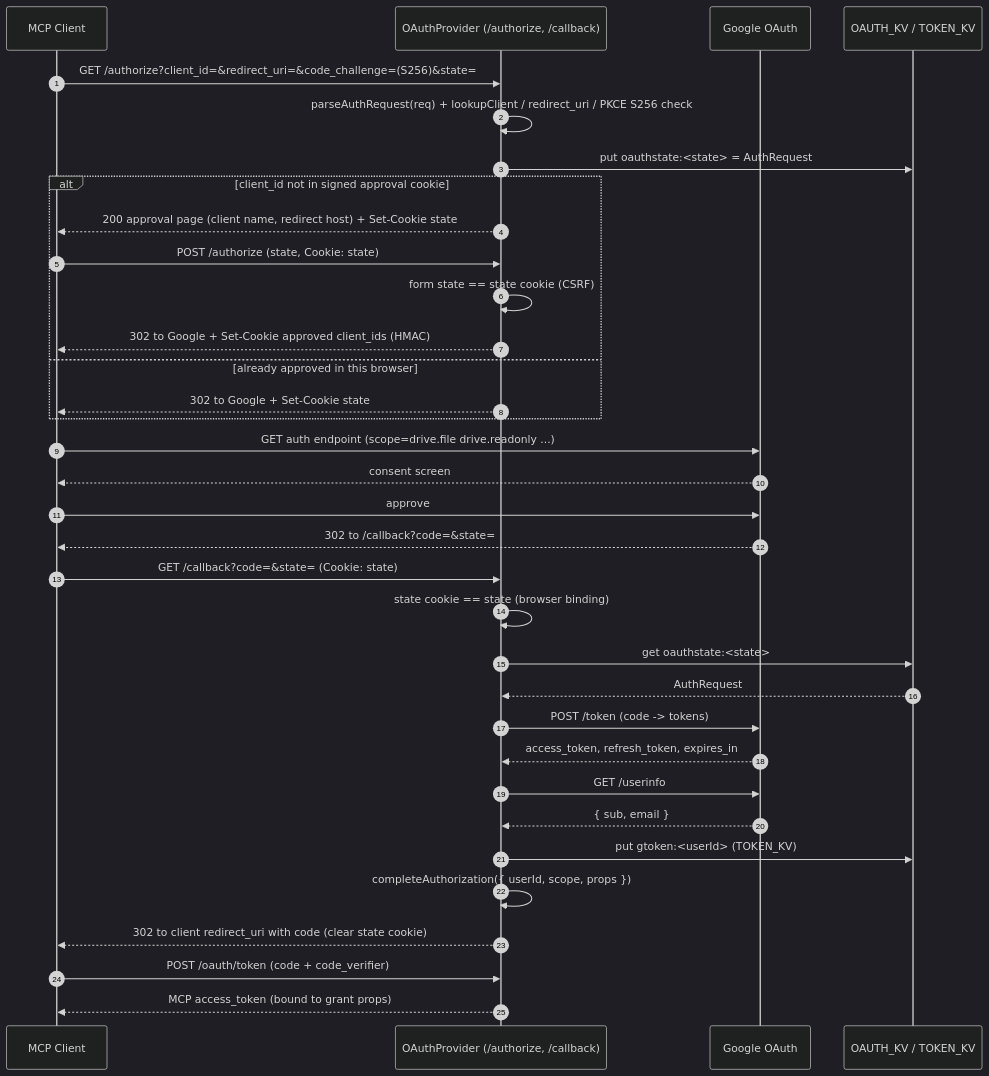
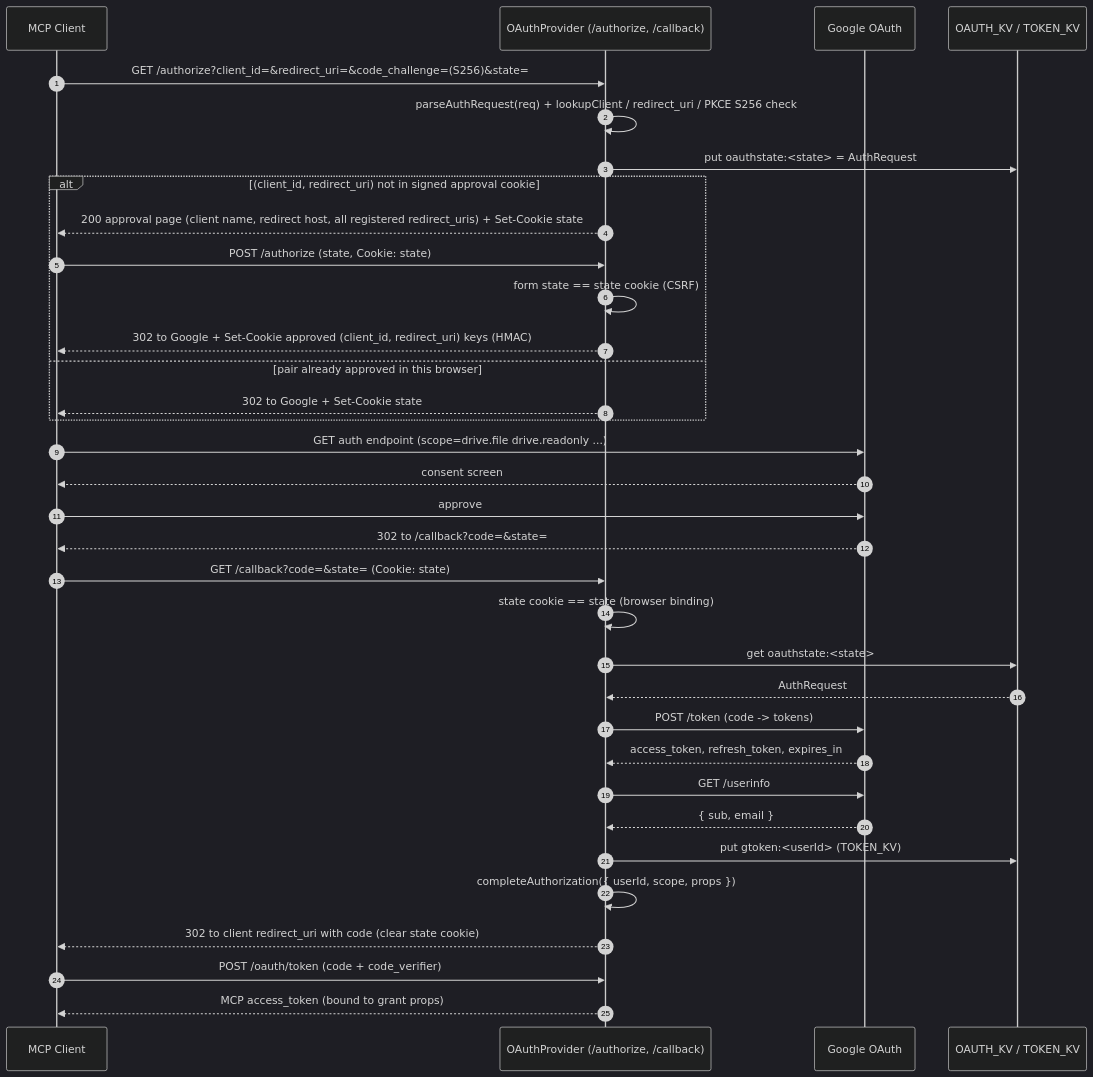
One commit to zenk-co/gdrive-upload-mcp changed the diagram in docs/diagrams/oauth-sequence.mmd. Above: the diagram before and after it, drawn with Mermaid (dark theme). The commit also changed 7 other files, not shown here.

First line of the commit message:
docs: describe per-redirect_uri approval and fix auth.md endpoint table

```diff
--- a/docs/diagrams/oauth-sequence.mmd
+++ b/docs/diagrams/oauth-sequence.mmd
@@ -1,35 +1,35 @@
 sequenceDiagram
     autonumber
     participant C as MCP Client
     participant O as OAuthProvider (/authorize, /callback)
     participant G as Google OAuth
     participant K as OAUTH_KV / TOKEN_KV
 
     C->>O: GET /authorize?client_id=&redirect_uri=&code_challenge=(S256)&state=
     O->>O: parseAuthRequest(req) + lookupClient / redirect_uri / PKCE S256 check
     O->>K: put oauthstate:<state> = AuthRequest
-    alt client_id not in signed approval cookie
-        O-->>C: 200 approval page (client name, redirect host) + Set-Cookie state
+    alt (client_id, redirect_uri) not in signed approval cookie
+        O-->>C: 200 approval page (client name, redirect host, all registered redirect_uris) + Set-Cookie state
         C->>O: POST /authorize (state, Cookie: state)
         O->>O: form state == state cookie (CSRF)
-        O-->>C: 302 to Google + Set-Cookie approved client_ids (HMAC)
-    else already approved in this browser
+        O-->>C: 302 to Google + Set-Cookie approved (client_id, redirect_uri) keys (HMAC)
+    else pair already approved in this browser
         O-->>C: 302 to Google + Set-Cookie state
     end
     C->>G: GET auth endpoint (scope=drive.file drive.readonly ...)
     G-->>C: consent screen
     C->>G: approve
     G-->>C: 302 to /callback?code=&state=
     C->>O: GET /callback?code=&state= (Cookie: state)
     O->>O: state cookie == state (browser binding)
     O->>K: get oauthstate:<state>
     K-->>O: AuthRequest
     O->>G: POST /token (code -> tokens)
     G-->>O: access_token, refresh_token, expires_in
     O->>G: GET /userinfo
     G-->>O: { sub, email }
     O->>K: put gtoken:<userId> (TOKEN_KV)
     O->>O: completeAuthorization({ userId, scope, props })
     O-->>C: 302 to client redirect_uri with code (clear state cookie)
     C->>O: POST /oauth/token (code + code_verifier)
     O-->>C: MCP access_token (bound to grant props)
```
